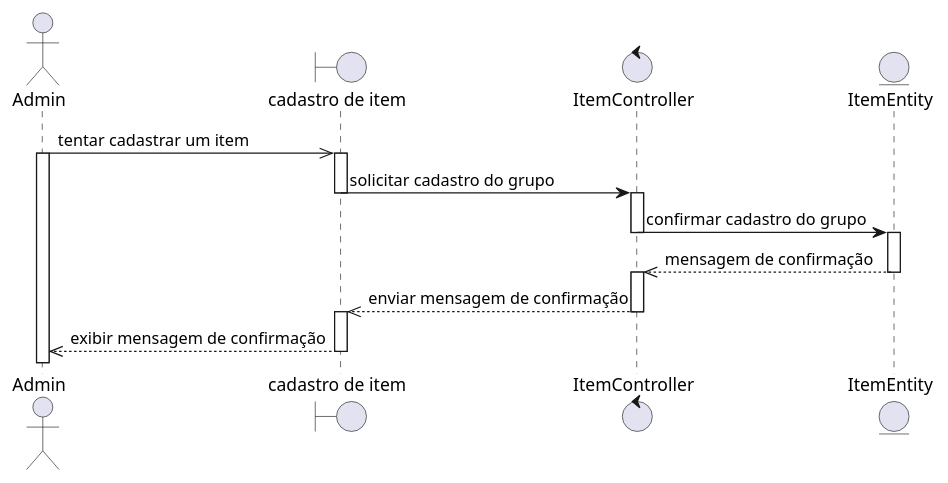
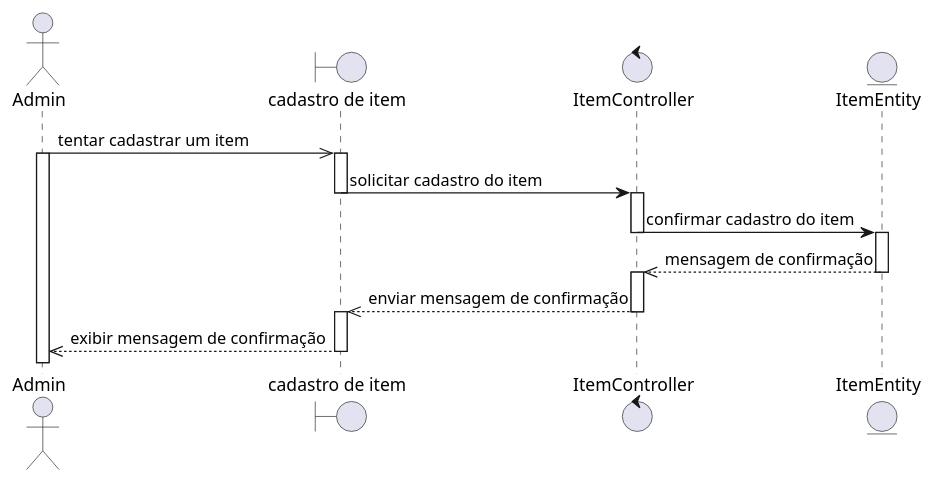
The diagram in sequence/admin/item.add.seq.wsd (rodrigoRolim/CAdiagrams), drawn with PlantUML before and after one commit. The commit also changed 23 other files, not shown here.

```diff
--- a/sequence/admin/item.add.seq.wsd
+++ b/sequence/admin/item.add.seq.wsd
@@ -1,24 +1,24 @@
 @startuml
 actor Admin
 boundary "cadastro de item" as grupo
 control ItemController
 entity ItemEntity
 
 Admin ->> grupo: tentar cadastrar um item
 activate Admin
 activate grupo
-grupo -> ItemController: solicitar cadastro do grupo
+grupo -> ItemController: solicitar cadastro do item
 deactivate grupo
 activate ItemController
-ItemController -> ItemEntity: confirmar cadastro do grupo
+ItemController -> ItemEntity: confirmar cadastro do item
 deactivate ItemController
 activate ItemEntity
 ItemEntity -->> ItemController: mensagem de confirmação
 deactivate ItemEntity
 activate ItemController
 ItemController -->> grupo: enviar mensagem de confirmação
 deactivate ItemController
 activate grupo
 grupo -->> Admin: exibir mensagem de confirmação
 deactivate grupo
 @enduml
```
